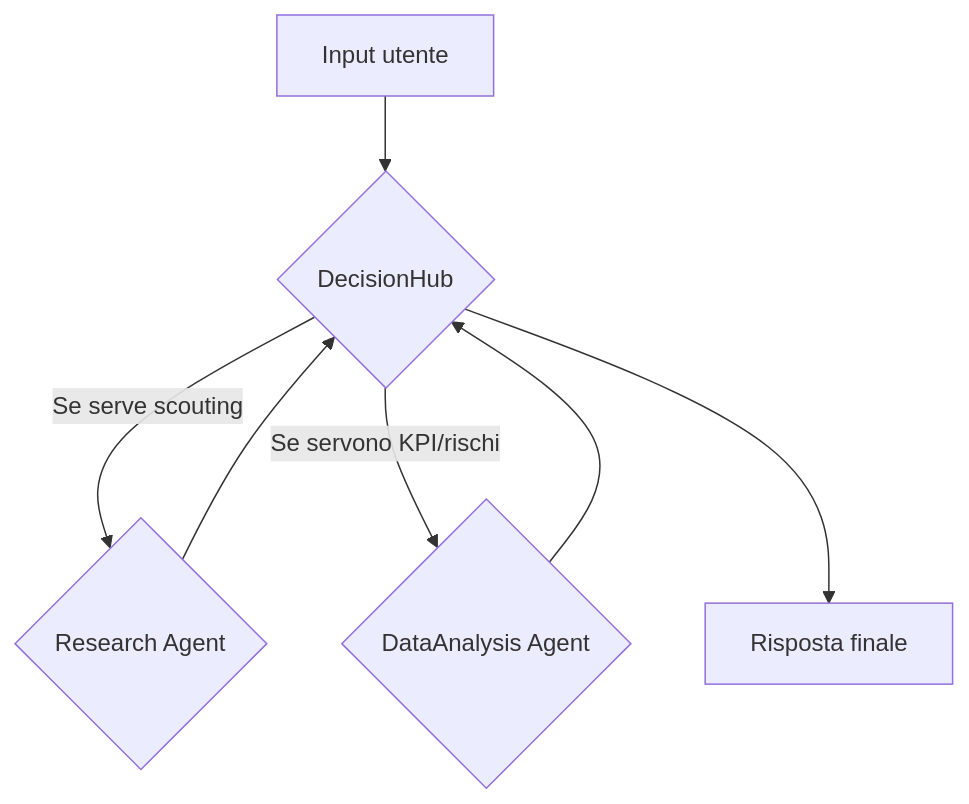
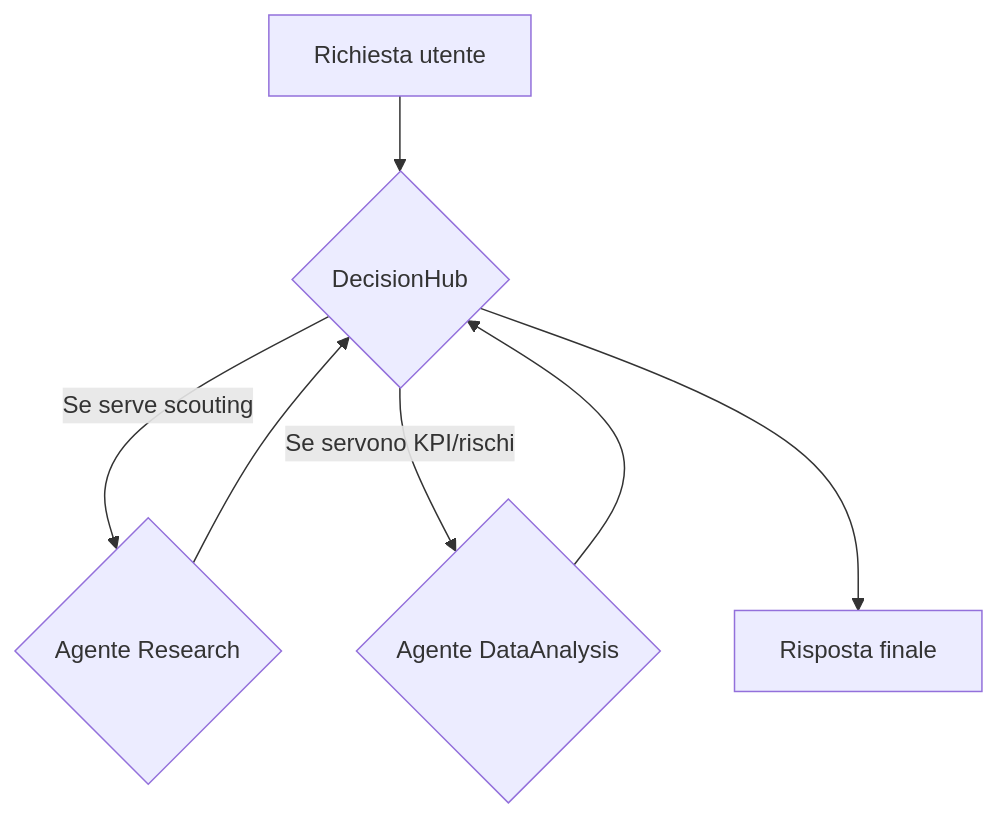
Before and after one commit to Rkomi98/Datapizza: the first of 2 diagrams in DatapizzAI/PizzAI/Agents/README_AGENT_COMPLETE_GUIDE.md, drawn with Mermaid. The commit also changed other lines of this file, not shown here.

````diff
--- a/DatapizzAI/PizzAI/Agents/README_AGENT_COMPLETE_GUIDE.md
+++ b/DatapizzAI/PizzAI/Agents/README_AGENT_COMPLETE_GUIDE.md
@@ -79,9 +79,9 @@
 ```mermaid
 graph TD
-    U["Input utente"] --> H{"DecisionHub"}
-    H -->|Se serve scouting| R{"Research Agent"}
-    H -->|Se servono KPI/rischi| D{"DataAnalysis Agent"}
+    U["Richiesta utente"] --> H{"DecisionHub"}
+    H -->|Se serve scouting| R{"Agente Research"}
+    H -->|Se servono KPI/rischi| D{"Agente DataAnalysis"}
     R --> H
     D --> H
     H --> F["Risposta finale"]
 ```
````
